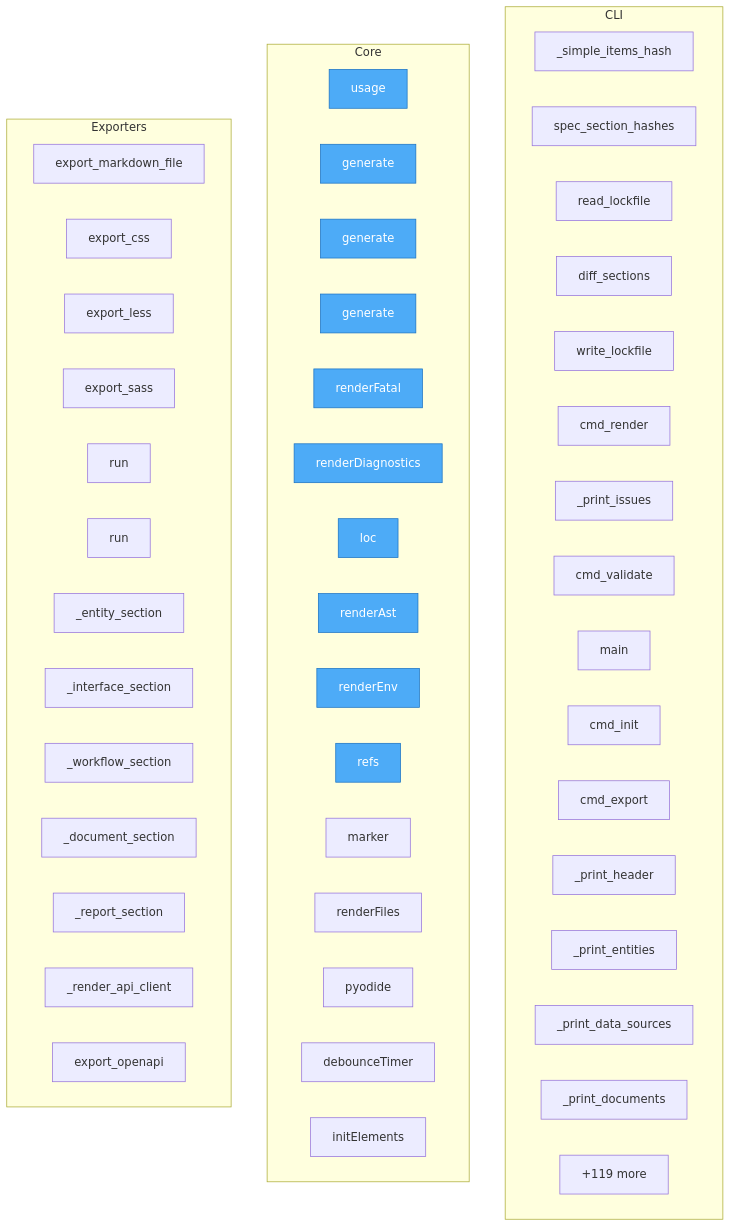
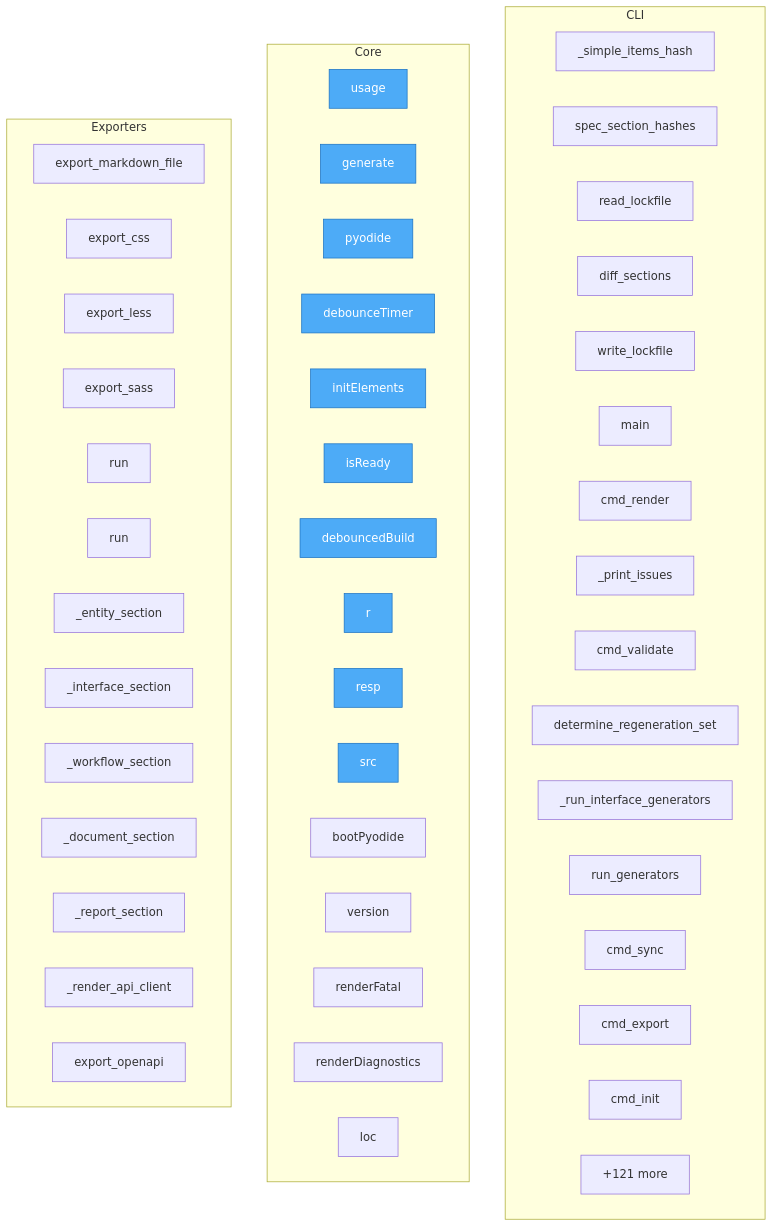
Before and after one commit to oqlos/doql: the diagram in project/flow.mmd, drawn with Mermaid. The commit also changed 52 other files, not shown here.

```diff
--- a/project/flow.mmd
+++ b/project/flow.mmd
@@ -1,60 +1,60 @@
 flowchart TD
 
     %% Entry points (blue)
     classDef entry fill:#4dabf7,stroke:#1971c2,color:#fff
 
     subgraph CLI
         doql__cli__lockfile___simple_items_hash["_simple_items_hash"]
         doql__cli__lockfile__spec_section_hashes["spec_section_hashes"]
         doql__cli__lockfile__read_lockfile["read_lockfile"]
         doql__cli__lockfile__diff_sections["diff_sections"]
         doql__cli__lockfile__write_lockfile["write_lockfile"]
+        doql__cli__main__main["main"]
         doql__cli__commands__render__cmd_render["cmd_render"]
         doql__cli__commands__validate___print_issues["_print_issues"]
         doql__cli__commands__validate__cmd_validate["cmd_validate"]
-        doql__cli__main__main["main"]
+        doql__cli__sync__determine_regeneration_set["determine_regeneration_set"]
+        doql__cli__sync___run_interface_generators["_run_interface_generators"]
+        doql__cli__sync__run_generators["run_generators"]
+        doql__cli__sync__cmd_sync["cmd_sync"]
+        doql__cli__commands__export__cmd_export["cmd_export"]
         doql__cli__commands__init__cmd_init["cmd_init"]
-        doql__cli__commands__export__cmd_export["cmd_export"]
-        doql__cli__commands__plan___print_header["_print_header"]
-        doql__cli__commands__plan___print_entities["_print_entities"]
-        doql__cli__commands__plan___print_data_sources["_print_data_sources"]
-        doql__cli__commands__plan___print_documents["_print_documents"]
-        ...["+87 more"]
+        ...["+96 more"]
     end
 
     subgraph Core
         doql__usage["usage"]
-        plugins__doql_plugin_gxp__doql_plugin_gxp__generate["generate"]
-        plugins__doql_plugin_iso17025__doql_plugin_iso17025__uncertainty__generate["generate"]
         plugins__doql_plugin_iso17025__doql_plugin_iso17025__drift_monitor__generate["generate"]
+        playground__pyodide_bridge__pyodide["pyodide"]
+        playground__pyodide_bridge__debounceTimer["debounceTimer"]
+        playground__pyodide_bridge__initElements["initElements"]
+        playground__pyodide_bridge__isReady["isReady"]
+        playground__pyodide_bridge__debouncedBuild["debouncedBuild"]
+        playground__pyodide_bridge__r["r"]
+        playground__pyodide_bridge__resp["resp"]
+        playground__pyodide_bridge__src["src"]
+        playground__pyodide_bridge__bootPyodide["bootPyodide"]
+        playground__pyodide_bridge__version["version"]
         playground__renderers__renderFatal["renderFatal"]
         playground__renderers__renderDiagnostics["renderDiagnostics"]
         playground__renderers__loc["loc"]
-        playground__renderers__renderAst["renderAst"]
-        playground__renderers__renderEnv["renderEnv"]
-        playground__renderers__refs["refs"]
-        playground__renderers__marker["marker"]
-        playground__renderers__renderFiles["renderFiles"]
-        playground__pyodide_bridge__pyodide["pyodide"]
-        playground__pyodide_bridge__debounceTimer["debounceTimer"]
-        playground__pyodide_bridge__initElements["initElements"]
-        ...["+119 more"]
+        ...["+121 more"]
     end
 
     subgraph Exporters
         doql__exporters__markdown__export_markdown_file["export_markdown_file"]
         doql__exporters__css__export_css["export_css"]
         doql__exporters__css__export_less["export_less"]
         doql__exporters__css__export_sass["export_sass"]
         doql__generators__export_postman__run["run"]
         doql__generators__export_ts_sdk__run["run"]
         doql__exporters__markdown__sections___entity_section["_entity_section"]
         doql__exporters__markdown__sections___interface_section["_interface_section"]
         doql__exporters__markdown__sections___workflow_section["_workflow_section"]
         doql__exporters__markdown__sections___document_section["_document_section"]
         doql__exporters__markdown__sections___report_section["_report_section"]
         doql__exporters__css__renderers___render_api_client["_render_api_client"]
         doql__generators__api_gen__export_openapi["export_openapi"]
     end
 
-    class doql__usage,plugins__doql_plugin_gxp__doql_plugin_gxp__generate,plugins__doql_plugin_iso17025__doql_plugin_iso17025__uncertainty__generate,plugins__doql_plugin_iso17025__doql_plugin_iso17025__drift_monitor__generate,playground__renderers__renderFatal,playground__renderers__renderDiagnostics,playground__renderers__loc,playground__renderers__renderAst,playground__renderers__renderEnv,playground__renderers__refs entry
+    class doql__usage,plugins__doql_plugin_iso17025__doql_plugin_iso17025__drift_monitor__generate,playground__pyodide_bridge__pyodide,playground__pyodide_bridge__debounceTimer,playground__pyodide_bridge__initElements,playground__pyodide_bridge__isReady,playground__pyodide_bridge__debouncedBuild,playground__pyodide_bridge__r,playground__pyodide_bridge__resp,playground__pyodide_bridge__src entry
```
